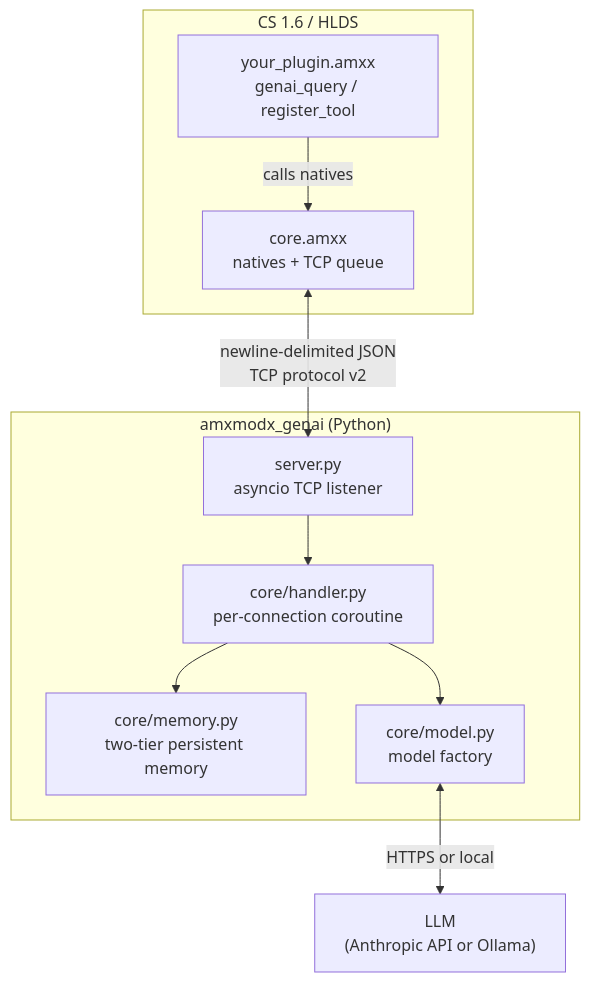
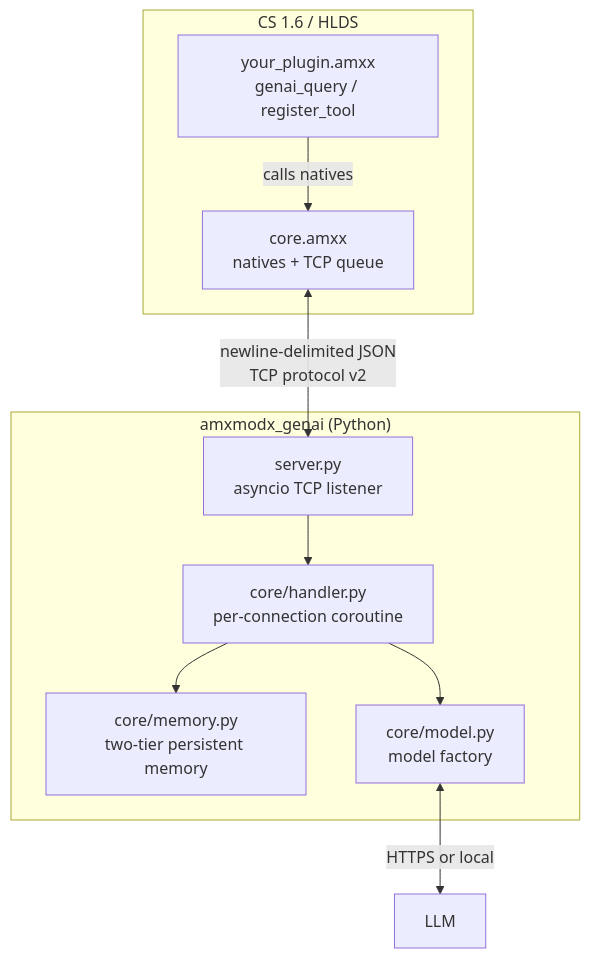
One commit to omar-hindawi98/amxx-agent changed the diagram in docs/architecture.md. Above: the diagram before and after it, drawn with Mermaid. The commit also changed other lines of this file and 43 other files, not shown here.

````diff
--- a/docs/architecture.md
+++ b/docs/architecture.md
@@ -9,21 +9,21 @@
 ```mermaid
 graph TD
     subgraph HLDS["CS 1.6 / HLDS"]
         core["core.amxx\nnatives + TCP queue"]
         plugin["your_plugin.amxx\ngenai_query / register_tool"]
         plugin -->|calls natives| core
     end
 
     subgraph sidecar["amxmodx_genai (Python)"]
         server["server.py\nasyncio TCP listener"]
         handler["core/handler.py\nper-connection coroutine"]
         memory["core/memory.py\ntwo-tier persistent memory"]
         model["core/model.py\nmodel factory"]
         server --> handler
         handler --> memory
         handler --> model
     end
 
     core <-->|"newline-delimited JSON\nTCP protocol v2"| server
-    model <-->|HTTPS or local| llm["LLM\n(Anthropic API or Ollama)"]
+    model <-->|HTTPS or local| llm["LLM"]
 ```
````
